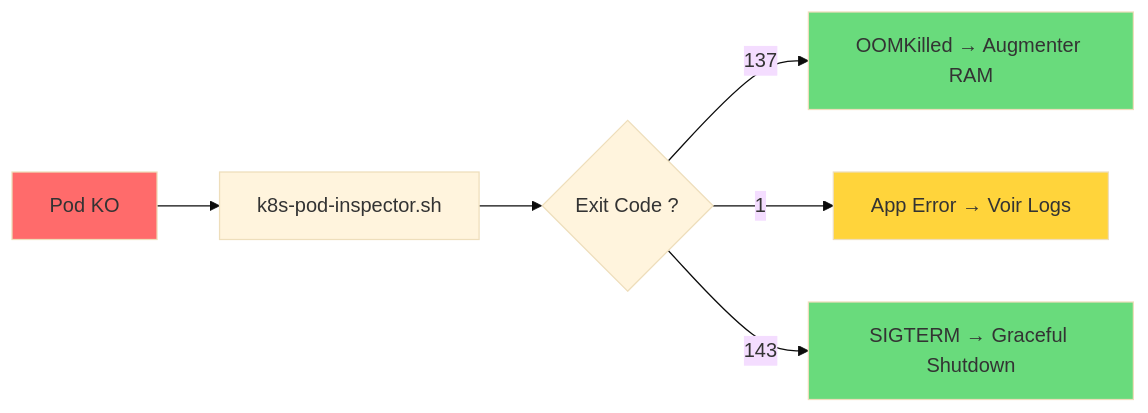
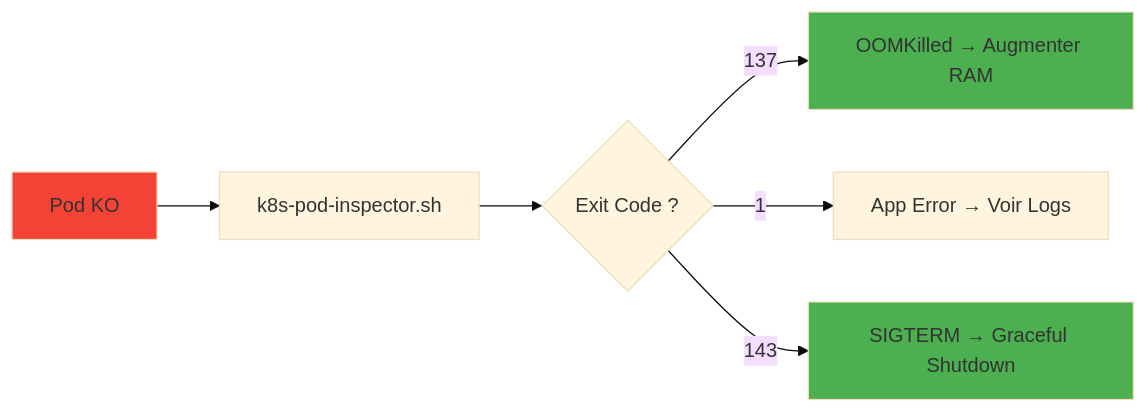
Before and after one commit to VBlackJack/ShellBook: the third of 4 diagrams in docs/playbooks/incident-response.md, drawn with Mermaid (base theme). The commit also changed other lines of this file and 337 other files, not shown here.

First line of the commit message:
refactor(docs): Standardize code blocks and Mermaid colors

````diff
--- a/docs/playbooks/incident-response.md
+++ b/docs/playbooks/incident-response.md
@@ -165,13 +165,13 @@
 ```mermaid
 graph LR
     A[Pod KO] --> B[k8s-pod-inspector.sh]
     B --> C{Exit Code ?}
     C -->|137| D[OOMKilled → Augmenter RAM]
     C -->|1| E[App Error → Voir Logs]
     C -->|143| F[SIGTERM → Graceful Shutdown]
 
-    style A fill:#ff6b6b
-    style D fill:#69db7c
-    style E fill:#ffd43b
-    style F fill:#69db7c
+    style A fill:#f44336
+    style D fill:#4CAF50
+    style E fill:#FF9800800800
+    style F fill:#4CAF50
 ```
````
